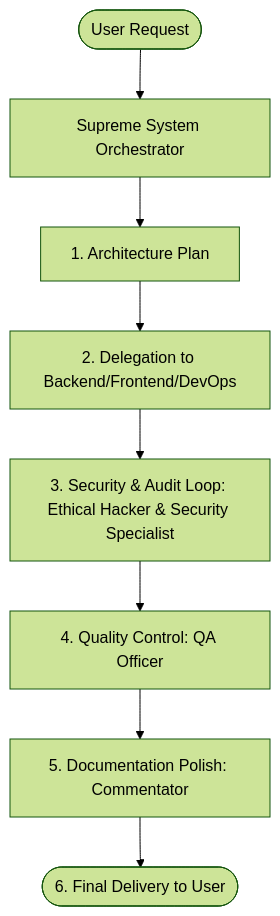
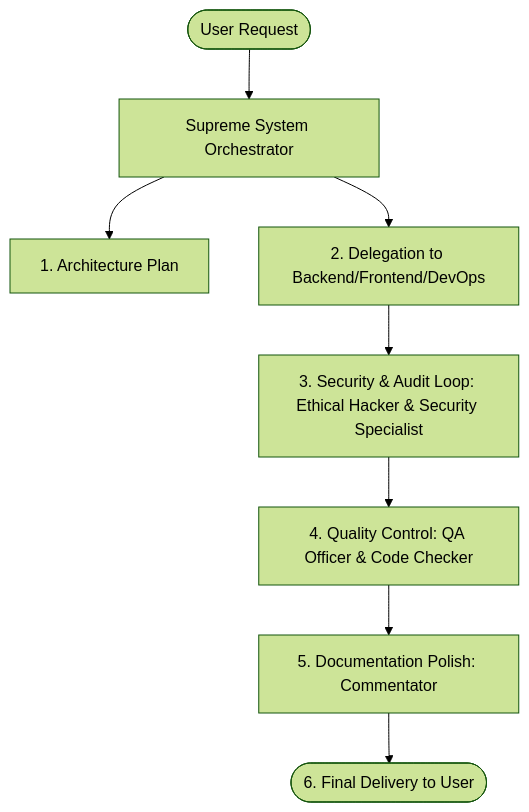
The diagram in README.md (vardzz/agents-developer-core), drawn with Mermaid (forest theme) before and after one commit. The commit also changed other lines of this file, not shown here.

Commit message:
feat: add Senior Code Checker agent and integrate into workflow documentation

````diff
--- a/README.md
+++ b/README.md
@@ -43,10 +44,10 @@
 ```mermaid
 graph TD
     User([User Request]) --> Orch[Supreme System Orchestrator]
     Orch --> Arch[1. Architecture Plan]
-    Arch --> Del[2. Delegation to Backend/Frontend/DevOps]
+    Orch --> Del[2. Delegation to Backend/Frontend/DevOps]
     Del --> Sec[3. Security & Audit Loop: Ethical Hacker & Security Specialist]
-    Sec --> QA[4. Quality Control: QA Officer]
+    Sec --> QA[4. Quality Control: QA Officer & Code Checker]
     QA --> Doc[5. Documentation Polish: Commentator]
     Doc --> Final([6. Final Delivery to User])
 ```
````
